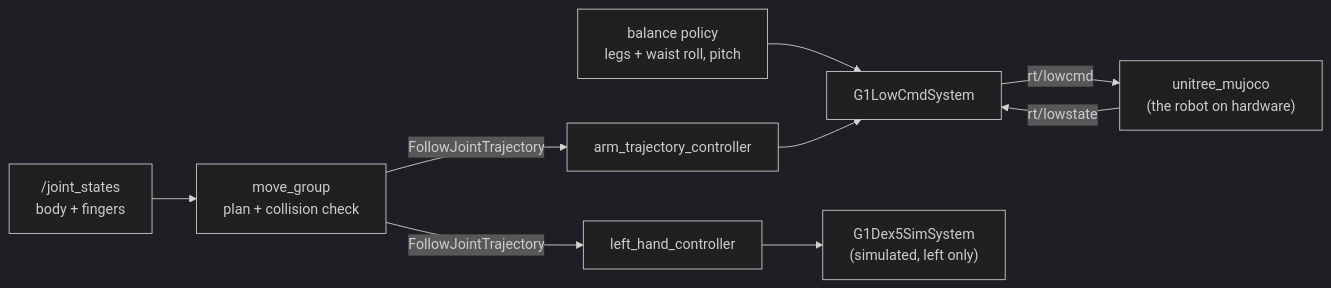
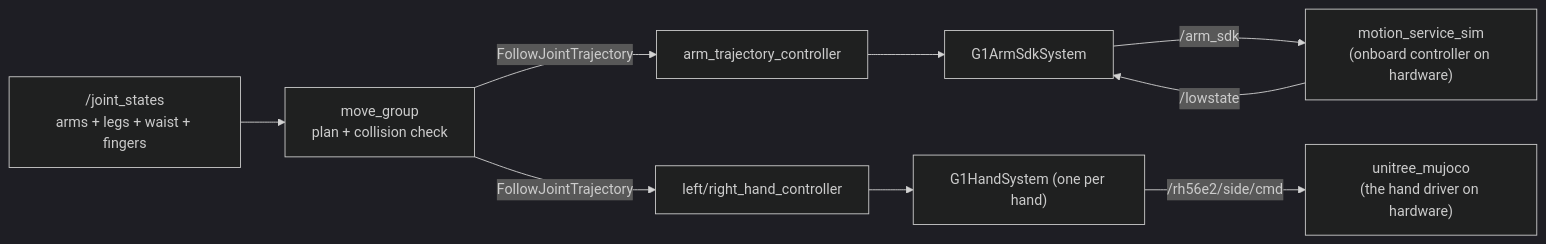
Before and after one commit to Mertsr/merts-g1-dex5: the diagram in workspace/src/g1_moveit_config/README.md, drawn with Mermaid (dark theme). The commit also changed other lines of this file and 694 other files, not shown here.

First line of the commit message:
Replace contents with g1-dex5-mujoco snapshot (1767ca5)

````diff
--- a/workspace/src/g1_moveit_config/README.md
+++ b/workspace/src/g1_moveit_config/README.md
@@ -7,11 +8,11 @@
 ```mermaid
 flowchart LR
-    JS["/joint_states<br/>body + fingers"] --> MG["move_group<br/>plan + collision check"]
-    MG -- "FollowJointTrajectory" --> JTC["arm_trajectory_controller"]
-    MG -- "FollowJointTrajectory" --> HC["left_hand_controller"]
-    POL["balance policy<br/>legs + waist roll, pitch"] --> HW["G1LowCmdSystem"]
-    JTC --> HW
-    HC --> HH["G1Dex5SimSystem<br/>(simulated, left only)"]
-    HW -- "rt/lowcmd" --> SIM["unitree_mujoco<br/>(the robot on hardware)"]
-    SIM -- "rt/lowstate" --> HW
+    MG["move_group<br/>plan + collision check"] -- "FollowJointTrajectory" --> JTC["arm_trajectory_controller"]
+    MG -- "FollowJointTrajectory" --> HC["left/right_hand_controller"]
+    JTC --> HW["G1ArmSdkSystem"]
+    HC --> HH["G1HandSystem (one per hand)"]
+    HW -- "/arm_sdk" --> MS["motion_service_sim<br/>(onboard controller on hardware)"]
+    HH -- "/rh56e2/side/cmd" --> SIM["unitree_mujoco<br/>(the hand driver on hardware)"]
+    MS -- "/lowstate" --> HW
+    JS["/joint_states<br/>arms + legs + waist + fingers"] --> MG
 ```
````
